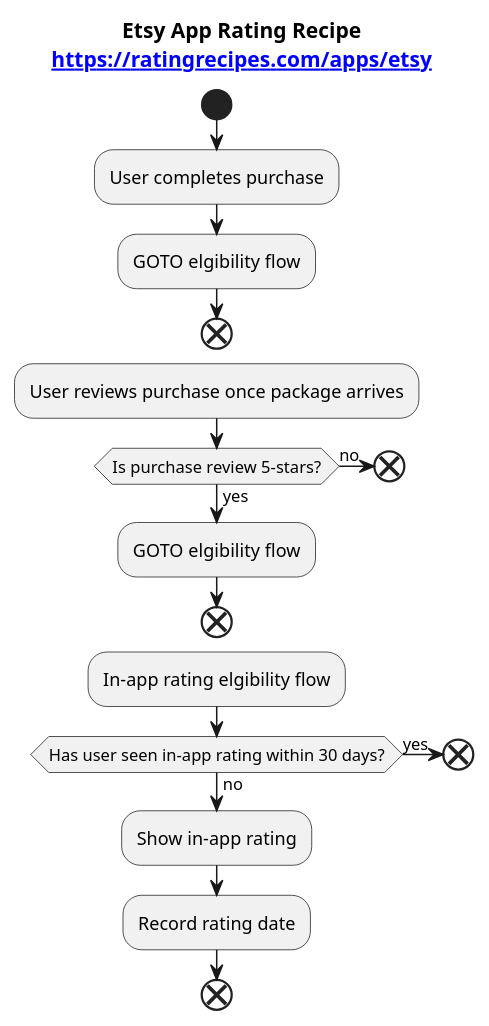
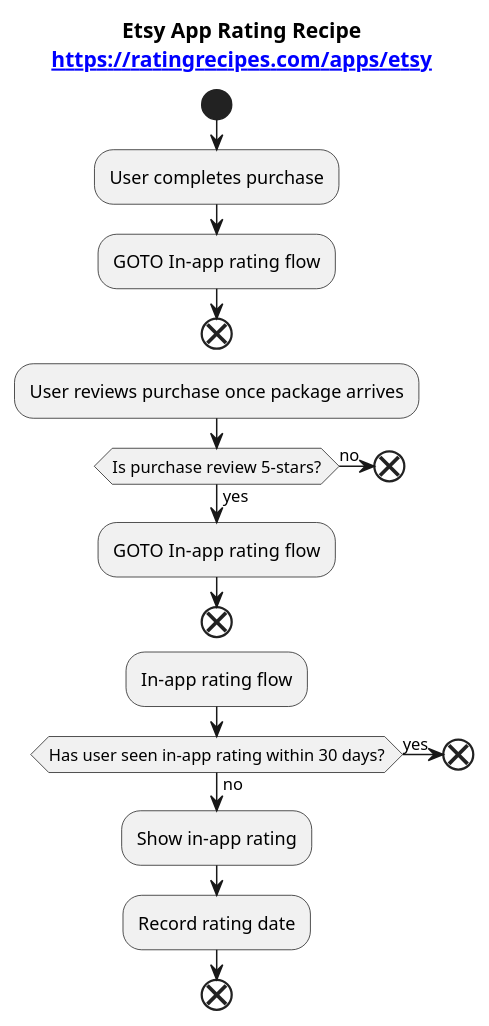
Before and after one commit to ratingrecipes/ratingrecipes: the diagram in apps/etsy/flow.iuml, drawn with PlantUML.

```diff
--- a/apps/etsy/flow.iuml
+++ b/apps/etsy/flow.iuml
@@ -1,28 +1,28 @@
 @startuml
 
 title Etsy App Rating Recipe\n[[https://ratingrecipes.com/apps/etsy]]
 
 start
 
 :User completes purchase;
-:GOTO elgibility flow;
+:GOTO In-app rating flow;
 end
 
 :User reviews purchase once package arrives;
 if (Is purchase review 5-stars?) then (yes)
-    :GOTO elgibility flow;
+    :GOTO In-app rating flow;
     end
 else (no)
     end
 endif
 
-:In-app rating elgibility flow;
+:In-app rating flow;
 if (Has user seen in-app rating within 30 days?) then (yes)
     end
 else (no)
     :Show in-app rating;
     :Record rating date;
     end
 endif
 
 @enduml
```
